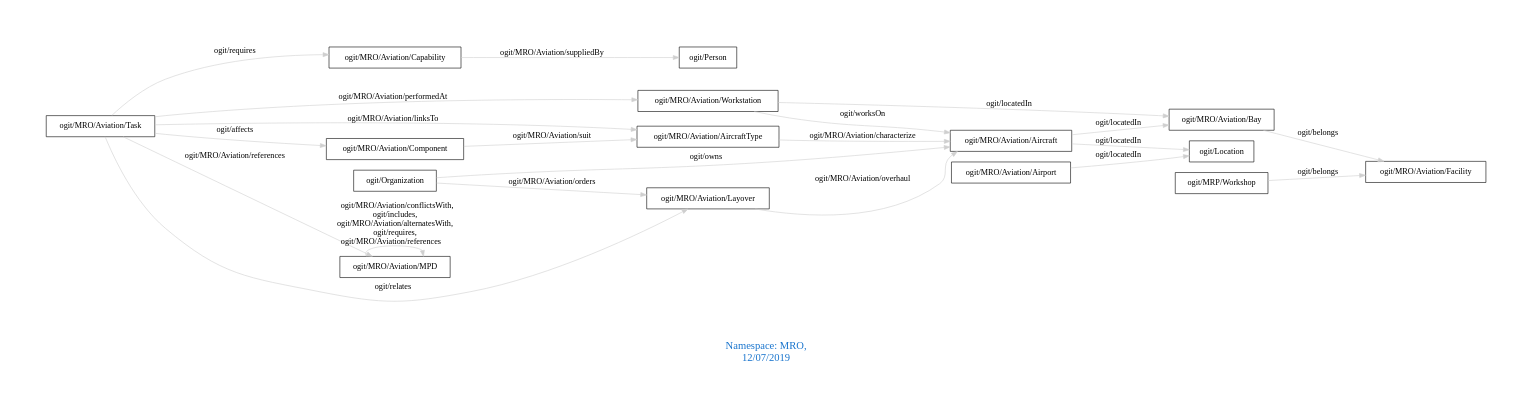
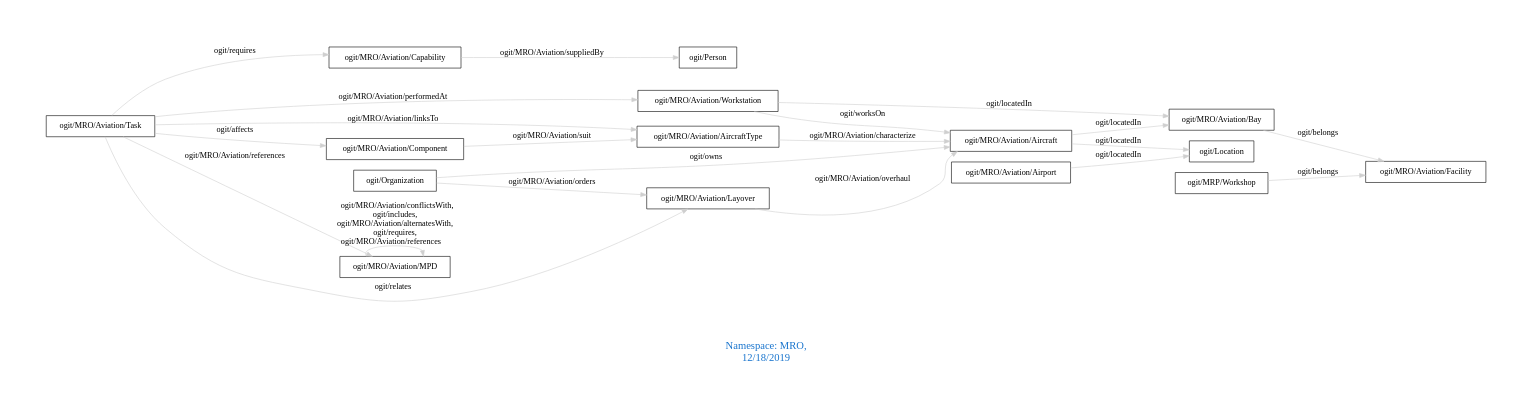
Before and after one commit to arago/OGIT: the diagram in downloads/MRO.dot, drawn with Graphviz. The commit also changed 1649 other files, not shown here.

```diff
--- a/downloads/MRO.dot
+++ b/downloads/MRO.dot
@@ -1,28 +1,28 @@
 digraph OGIT_ontology {
  graph [ rankdir= LR,pad=1 
 fontsize = 18,
-fontcolor= dodgerblue3,label = "\n\n\nNamespace: MRO, \n 12/07/2019"];
+fontcolor= dodgerblue3,label = "\n\n\nNamespace: MRO, \n 12/18/2019"];
 node[shape=polygon];
 edge [  color="gray81"];
 
    "ogit/MRO/Aviation/Capability" -> "ogit/Person" [label="   ogit/MRO/Aviation/suppliedBy    "];
    "ogit/MRO/Aviation/Workstation" -> "ogit/MRO/Aviation/Aircraft" [label="   ogit/worksOn    "];
    "ogit/MRO/Aviation/Task" -> "ogit/MRO/Aviation/AircraftType" [label="   ogit/MRO/Aviation/linksTo    "];
    "ogit/MRO/Aviation/Layover" -> "ogit/MRO/Aviation/Aircraft" [label="   ogit/MRO/Aviation/overhaul    "];
    "ogit/MRO/Aviation/Aircraft" -> "ogit/Location" [label="   ogit/locatedIn    "];
    "ogit/MRO/Aviation/Aircraft" -> "ogit/MRO/Aviation/Bay" [label="   ogit/locatedIn    "];
    "ogit/MRO/Aviation/Airport" -> "ogit/Location" [label="   ogit/locatedIn    "];
    "ogit/MRO/Aviation/Workstation" -> "ogit/MRO/Aviation/Bay" [label="   ogit/locatedIn    "];
    "ogit/MRO/Aviation/Task" -> "ogit/MRO/Aviation/Component" [label="   ogit/affects    "];
    "ogit/MRO/Aviation/AircraftType" -> "ogit/MRO/Aviation/Aircraft" [label="   ogit/MRO/Aviation/characterize    "];
    "ogit/MRO/Aviation/Task" -> "ogit/MRO/Aviation/Capability" [label="   ogit/requires    "];
    "ogit/Organization" -> "ogit/MRO/Aviation/Aircraft" [label="   ogit/owns    "];
    "ogit/MRO/Aviation/Task" -> "ogit/MRO/Aviation/Workstation" [label="   ogit/MRO/Aviation/performedAt    "];
    "ogit/MRO/Aviation/Bay" -> "ogit/MRO/Aviation/Facility" [label="   ogit/belongs    "];
    "ogit/MRP/Workshop" -> "ogit/MRO/Aviation/Facility" [label="   ogit/belongs    "];
    "ogit/MRO/Aviation/Task" -> "ogit/MRO/Aviation/MPD" [label="   ogit/MRO/Aviation/references    "];
    "ogit/MRO/Aviation/Component" -> "ogit/MRO/Aviation/AircraftType" [label="   ogit/MRO/Aviation/suit    "];
    "ogit/MRO/Aviation/Task" -> "ogit/MRO/Aviation/Layover" [label="   ogit/relates    "];
    "ogit/Organization" -> "ogit/MRO/Aviation/Layover" [label="   ogit/MRO/Aviation/orders    "];
    "ogit/MRO/Aviation/MPD" -> "ogit/MRO/Aviation/MPD" [label="   ogit/MRO/Aviation/conflictsWith, \n ogit/includes, \n ogit/MRO/Aviation/alternatesWith, \n ogit/requires, \n ogit/MRO/Aviation/references    "];
 }
```
